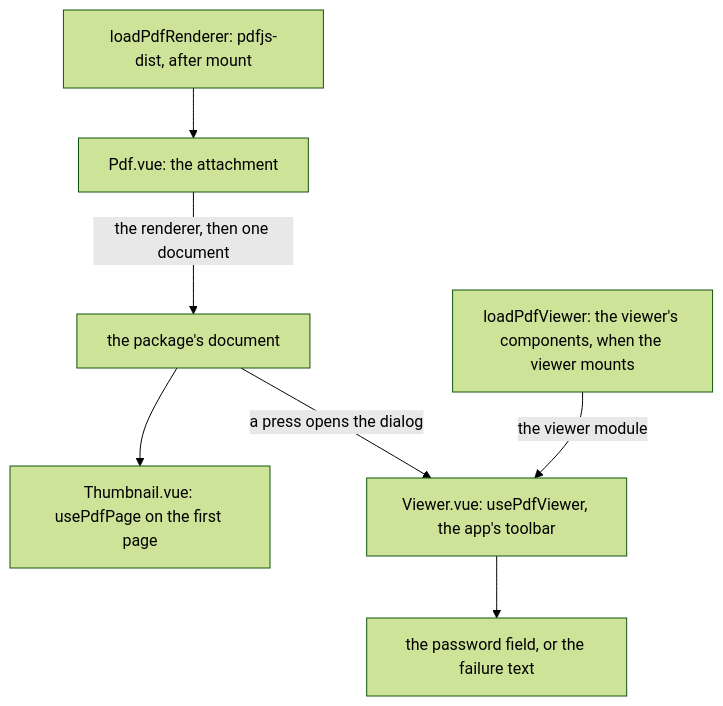
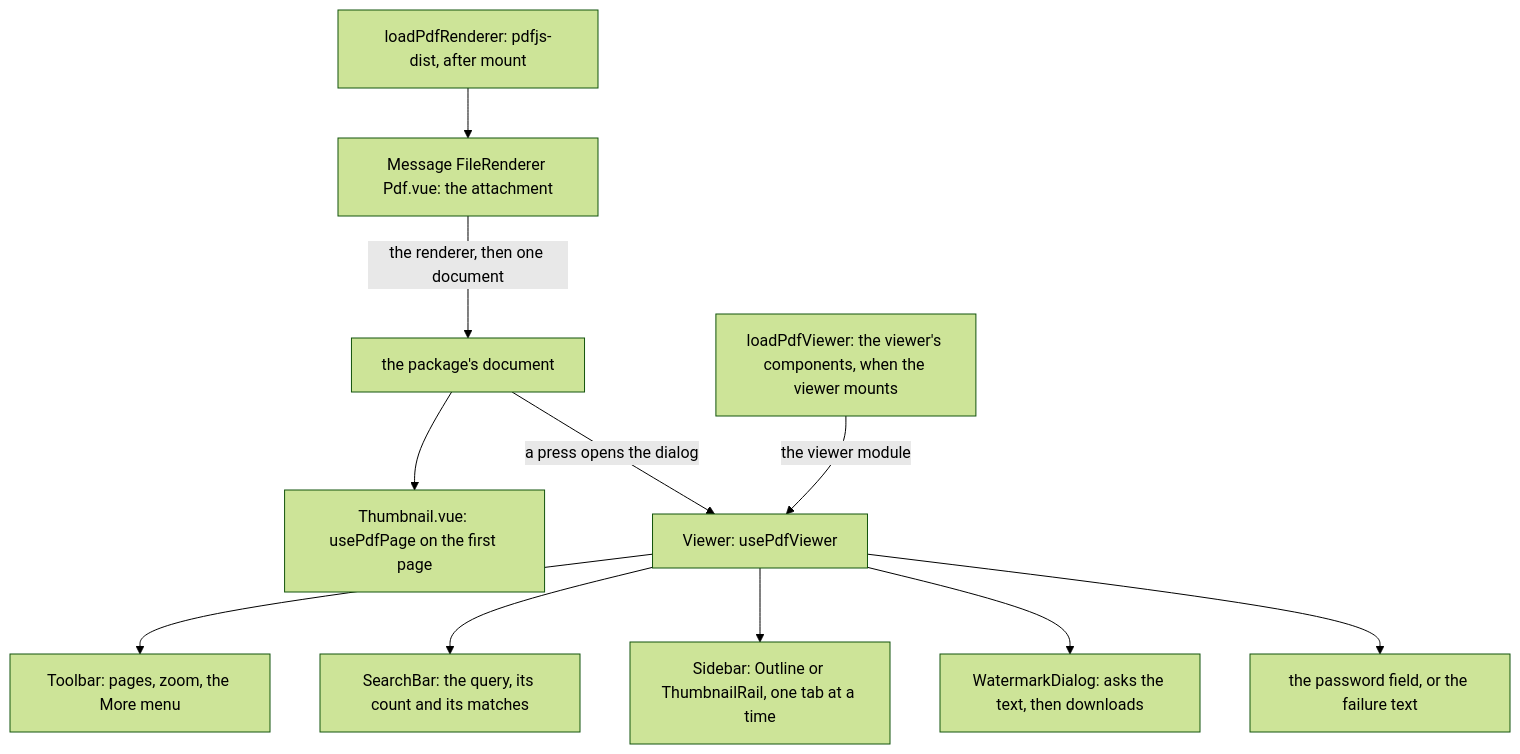
The diagram in openspec/specs/architecture/pdf-viewer/design.md (Esposter/Esposter), drawn with Mermaid (forest theme) before and after one commit. The commit also changed other lines of this file and 1 other file, not shown here.

First line of the commit message:
docs(openspec): the PDF viewer's sidebar, rotation, full screen, zoom reset, search options, watermark and term highlight are specified with their surface

````diff
--- a/openspec/specs/architecture/pdf-viewer/design.md
+++ b/openspec/specs/architecture/pdf-viewer/design.md
@@ -13,9 +15,13 @@
 ```mermaid
 flowchart TD
-  loader["loadPdfRenderer: pdfjs-dist, after mount"] --> attachment["Pdf.vue: the attachment"]
+  loader["loadPdfRenderer: pdfjs-dist, after mount"] --> attachment["Message FileRenderer Pdf.vue: the attachment"]
   attachment -->|"the renderer, then one document"| document["the package's document"]
   document --> thumbnail["Thumbnail.vue: usePdfPage on the first page"]
-  document -->|"a press opens the dialog"| viewer["Viewer.vue: usePdfViewer, the app's toolbar"]
+  document -->|"a press opens the dialog"| viewer["Viewer: usePdfViewer"]
   viewerLoader["loadPdfViewer: the viewer's components, when the viewer mounts"] -->|"the viewer module"| viewer
+  viewer --> toolbar["Toolbar: pages, zoom, the More menu"]
+  viewer --> search["SearchBar: the query, its count and its matches"]
+  viewer --> sidebar["Sidebar: Outline or ThumbnailRail, one tab at a time"]
+  viewer --> watermark["WatermarkDialog: asks the text, then downloads"]
   viewer --> prompt["the password field, or the failure text"]
 ```
````
